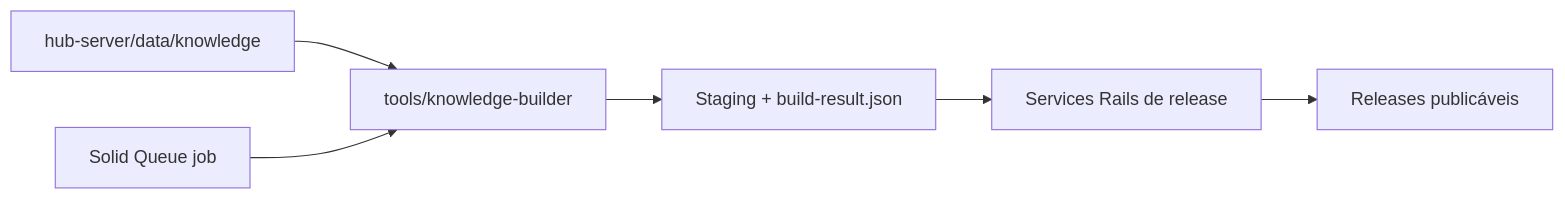
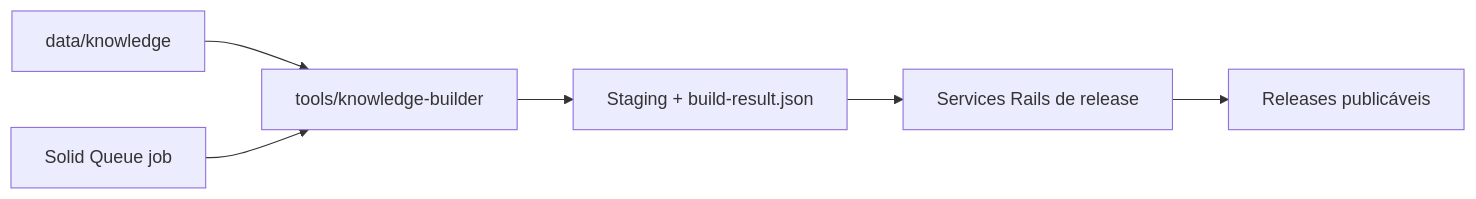
The second of 2 diagrams in docs/plans/hub-server/03-public-knowledge-publication.md (migmoroni/veterinary-clinic), drawn with Mermaid before and after one commit. The commit also changed other lines of this file and 9 other files, not shown here.

Commit message:
docs: hub-server plans 6

````diff
--- a/docs/plans/hub-server/03-public-knowledge-publication.md
+++ b/docs/plans/hub-server/03-public-knowledge-publication.md
@@ -157,8 +164,8 @@
 ```mermaid
 flowchart LR
-    DATA["hub-server/data/knowledge"] --> BUILDER["tools/knowledge-builder"]
+    DATA["data/knowledge"] --> BUILDER["tools/knowledge-builder"]
     JOB["Solid Queue job"] --> BUILDER
     BUILDER --> RESULT["Staging + build-result.json"]
     RESULT --> SERVICES["Services Rails de release"]
     SERVICES --> RELEASES["Releases publicáveis"]
 ```
````
